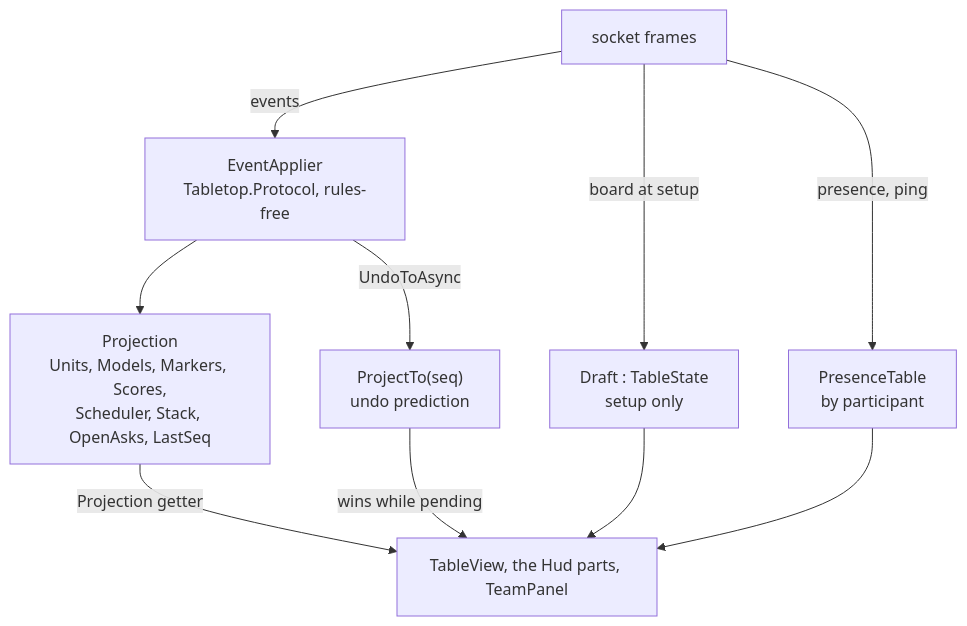
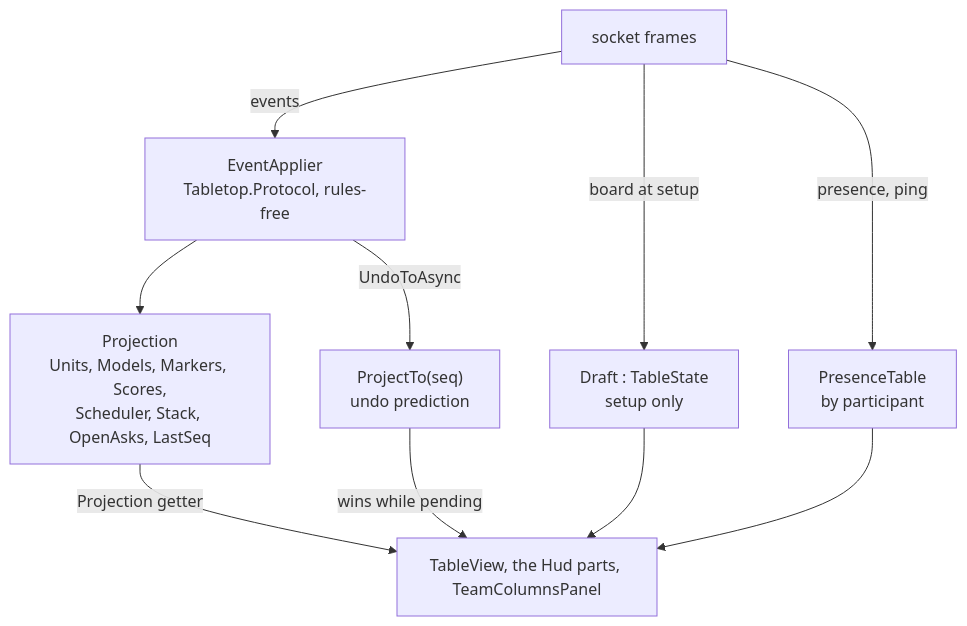
The second of 2 diagrams in docs/design/client/connection.md (cstupi/tabletop), drawn with Mermaid before and after one commit. The commit also changed 73 other files, not shown here.

First line of the commit message:
Lobby and setup: team columns

````diff
--- a/docs/design/client/connection.md
+++ b/docs/design/client/connection.md
@@ -107,20 +107,20 @@
 ```mermaid
 flowchart TD
   frames["socket frames"]
   applier["EventApplier<br/>Tabletop.Protocol, rules-free"]
   proj["Projection<br/>Units, Models, Markers, Scores,<br/>Scheduler, Stack, OpenAsks, LastSeq"]
   pred["ProjectTo(seq)<br/>undo prediction"]
   draft["Draft : TableState<br/>setup only"]
   presence["PresenceTable<br/>by participant"]
-  view["TableView, the Hud parts, TeamPanel"]
+  view["TableView, the Hud parts, TeamColumnsPanel"]
 
   frames -- "events" --> applier
   applier --> proj
   applier -- "UndoToAsync" --> pred
   frames -- "board at setup" --> draft
   frames -- "presence, ping" --> presence
   proj -- "Projection getter" --> view
   pred -- "wins while pending" --> view
   draft --> view
   presence --> view
 ```
````
